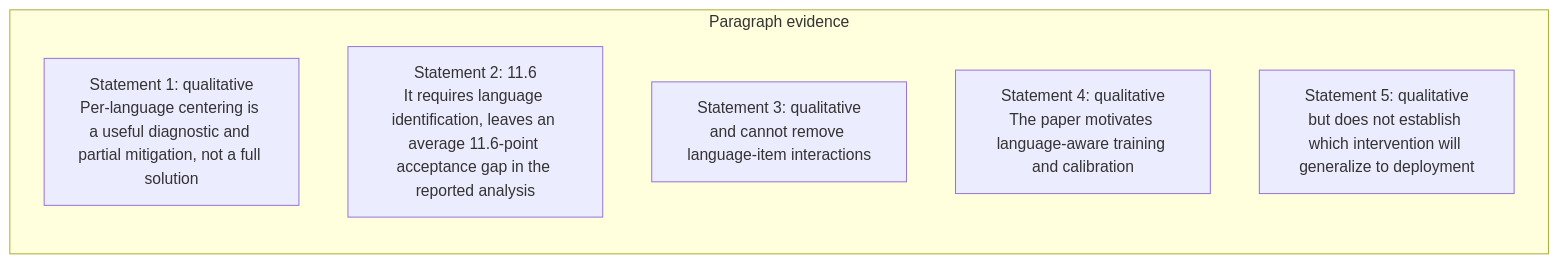
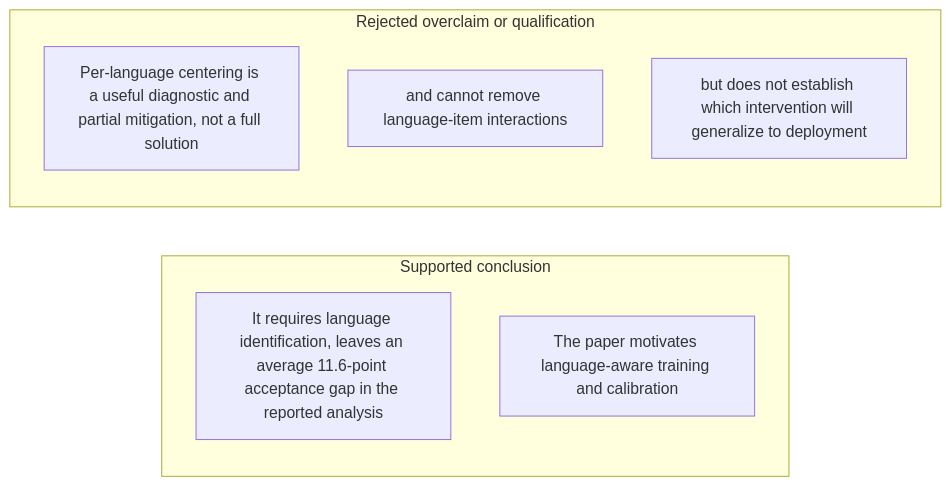
Diagram 46 of 48 in docs/visual-manifests/VISUAL_MANIFEST_LLM_EVALUATORS_LANGUAGES.md (Betancourt1/paper_atlas), drawn with Mermaid before and after one commit. The commit also changed other lines of this file and 7 other files, not shown here.

````diff
--- a/docs/visual-manifests/VISUAL_MANIFEST_LLM_EVALUATORS_LANGUAGES.md
+++ b/docs/visual-manifests/VISUAL_MANIFEST_LLM_EVALUATORS_LANGUAGES.md
@@ -3868,10 +3882,12 @@
 ```mermaid
 flowchart LR
-  subgraph p1["Paragraph evidence"]
-    p1r1["Statement 1: qualitative<br/>Per-language centering is a useful diagnostic and partial mitigation, not a full solution"]
-    p1r2["Statement 2: 11.6<br/>It requires language identification, leaves an average 11.6-point acceptance gap in the reported analysis"]
-    p1r3["Statement 3: qualitative<br/>and cannot remove language-item interactions"]
-    p1r4["Statement 4: qualitative<br/>The paper motivates language-aware training and calibration"]
-    p1r5["Statement 5: qualitative<br/>but does not establish which intervention will generalize to deployment"]
+  subgraph g1["Supported conclusion"]
+    g1i1["It requires language identification, leaves an average 11.6-point acceptance gap in the reported analysis"]
+    g1i2["The paper motivates language-aware training and calibration"]
+  end
+  subgraph g2["Rejected overclaim or qualification"]
+    g2i1["Per-language centering is a useful diagnostic and partial mitigation, not a full solution"]
+    g2i2["and cannot remove language-item interactions"]
+    g2i3["but does not establish which intervention will generalize to deployment"]
   end
 ```
````
